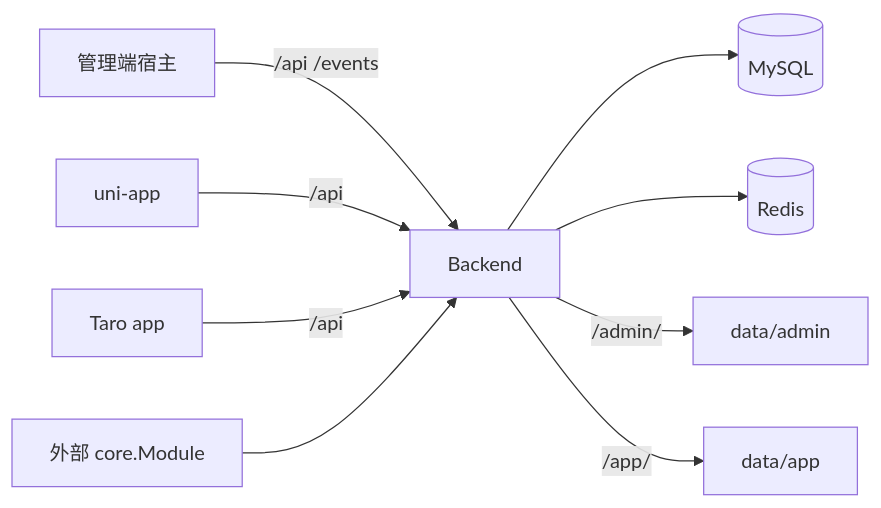
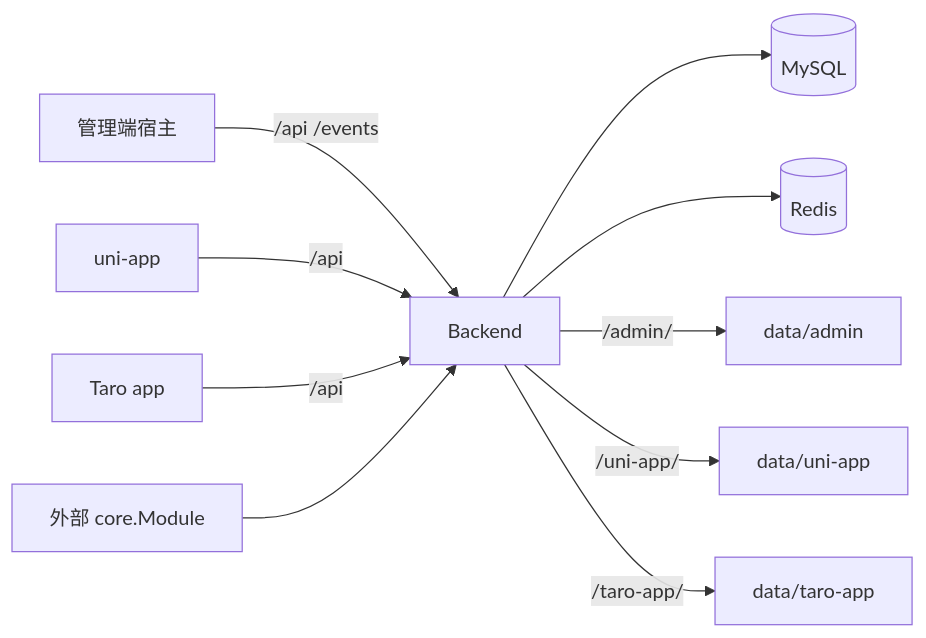
One commit to liujitcn/kratos-admin changed the diagram in docs/系统总体设计.md. Above: the diagram before and after it, drawn with Mermaid. The commit also changed other lines of this file and 657 other files, not shown here.

````diff
--- a/docs/系统总体设计.md
+++ b/docs/系统总体设计.md
@@ -23,11 +23,12 @@
 ```mermaid
 flowchart LR
   Admin["管理端宿主"] -->|"/api /events"| Backend["Backend"]
   UniApp["uni-app"] -->|"/api"| Backend
   Taro["Taro app"] -->|"/api"| Backend
   Backend --> DB[("MySQL")]
   Backend --> Redis[("Redis")]
   Backend -->|"/admin/"| AdminFiles["data/admin"]
-  Backend -->|"/app/"| AppFiles["data/app"]
+  Backend -->|"/uni-app/"| UniAppFiles["data/uni-app"]
+  Backend -->|"/taro-app/"| TaroFiles["data/taro-app"]
   Module["外部 core.Module"] --> Backend
 ```
````
